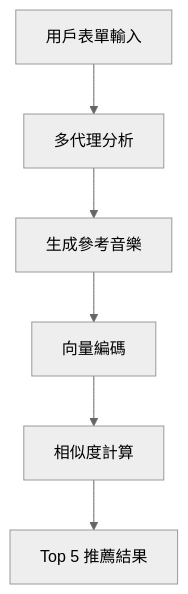
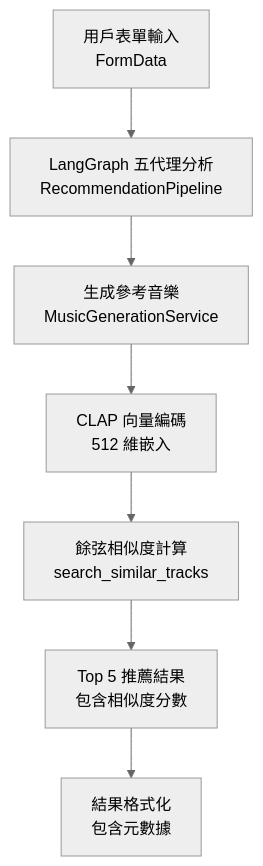
One commit to whats2000/sleep-recommendation-system changed the seventh of 13 diagrams in docs/RecommendationSystem.md. Above: the diagram before and after it, drawn with Mermaid (neutral theme). The commit also changed other lines of this file, not shown here.

````diff
--- a/docs/RecommendationSystem.md
+++ b/docs/RecommendationSystem.md
@@ -207,8 +261,9 @@
 ```mermaid
 flowchart TD
-    A[用戶表單輸入] --> B[多代理分析]
-    B --> C[生成參考音樂]
-    C --> D[向量編碼]
-    D --> E[相似度計算]
-    E --> F[Top 5 推薦結果]
+    A[用戶表單輸入<br/>FormData] --> B[LangGraph 五代理分析<br/>RecommendationPipeline]
+    B --> C[生成參考音樂<br/>MusicGenerationService]
+    C --> D[CLAP 向量編碼<br/>512 維嵌入]
+    D --> E[餘弦相似度計算<br/>search_similar_tracks]
+    E --> F[Top 5 推薦結果<br/>包含相似度分數]
+    F --> G[結果格式化<br/>包含元數據]
 ```
````
